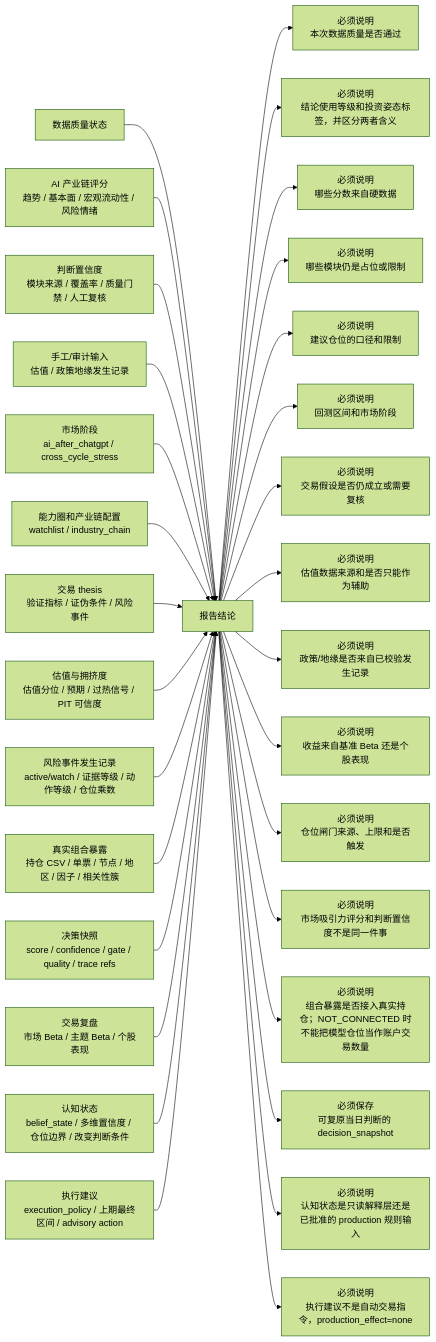
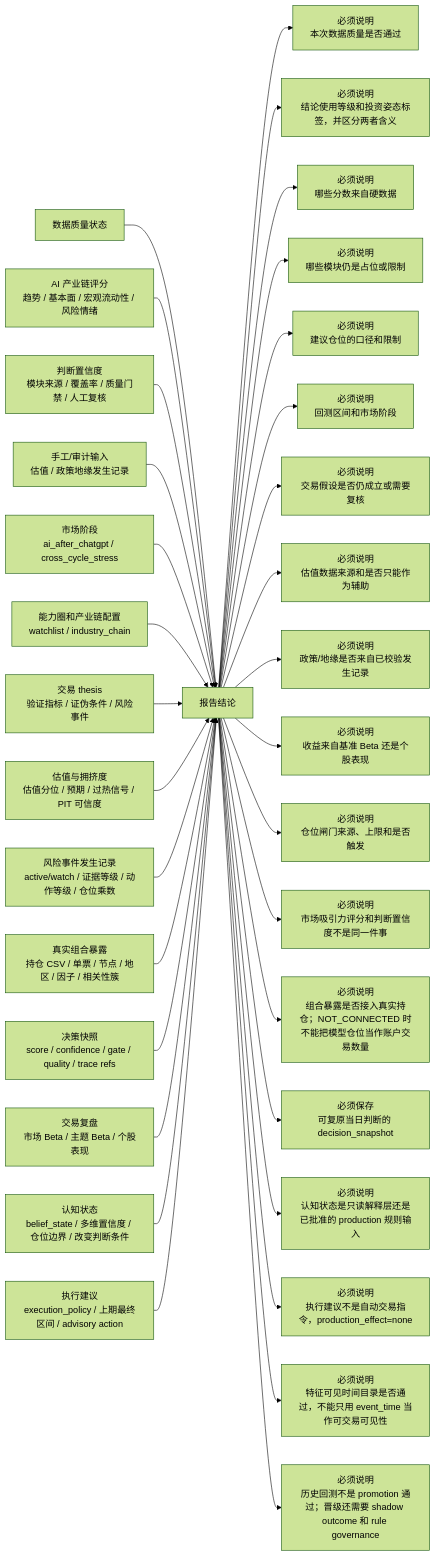
One commit to AI-Trading-Collaboration/AITradingSystem changed the fourth of 6 diagrams in docs/system_flow.md. Above: the diagram before and after it, drawn with Mermaid (forest theme). The commit also changed other lines of this file and 16 other files, not shown here.

Commit message:
feat: add PIT promotion ledger workflow

````diff
--- a/docs/system_flow.md
+++ b/docs/system_flow.md
@@ -826,34 +855,36 @@
 ```mermaid
 flowchart LR
     A["数据质量状态"] --> E["报告结论"]
     B["AI 产业链评分<br/>趋势 / 基本面 / 宏观流动性 / 风险情绪"] --> E
     C2["判断置信度<br/>模块来源 / 覆盖率 / 质量门禁 / 人工复核"] --> E
     C["手工/审计输入<br/>估值 / 政策地缘发生记录"] --> E
     D["市场阶段<br/>ai_after_chatgpt / cross_cycle_stress"] --> E
     F["能力圈和产业链配置<br/>watchlist / industry_chain"] --> E
     L["交易 thesis<br/>验证指标 / 证伪条件 / 风险事件"] --> E
     N["估值与拥挤度<br/>估值分位 / 预期 / 过热信号 / PIT 可信度"] --> E
     Q["风险事件发生记录<br/>active/watch / 证据等级 / 动作等级 / 仓位乘数"] --> E
     Y["真实组合暴露<br/>持仓 CSV / 单票 / 节点 / 地区 / 因子 / 相关性簇"] --> E
     U2["决策快照<br/>score / confidence / gate / quality / trace refs"] --> E
     P["交易复盘<br/>市场 Beta / 主题 Beta / 个股表现"] --> E
     S["认知状态<br/>belief_state / 多维置信度 / 仓位边界 / 改变判断条件"] --> E
     X["执行建议<br/>execution_policy / 上期最终区间 / advisory action"] --> E
 
     E --> G["必须说明<br/>本次数据质量是否通过"]
     E --> V2["必须说明<br/>结论使用等级和投资姿态标签，并区分两者含义"]
     E --> H["必须说明<br/>哪些分数来自硬数据"]
     E --> I["必须说明<br/>哪些模块仍是占位或限制"]
     E --> J["必须说明<br/>建议仓位的口径和限制"]
     E --> K["必须说明<br/>回测区间和市场阶段"]
     E --> M["必须说明<br/>交易假设是否仍成立或需要复核"]
     E --> O["必须说明<br/>估值数据来源和是否只能作为辅助"]
     E --> Q2["必须说明<br/>政策/地缘是否来自已校验发生记录"]
     E --> P2["必须说明<br/>收益来自基准 Beta 还是个股表现"]
     E --> R2["必须说明<br/>仓位闸门来源、上限和是否触发"]
     E --> T2["必须说明<br/>市场吸引力评分和判断置信度不是同一件事"]
     E --> Y2["必须说明<br/>组合暴露是否接入真实持仓；NOT_CONNECTED 时不能把模型仓位当作账户交易数量"]
     E --> U3["必须保存<br/>可复原当日判断的 decision_snapshot"]
     E --> S2["必须说明<br/>认知状态是只读解释层还是已批准的 production 规则输入"]
     E --> X2["必须说明<br/>执行建议不是自动交易指令，production_effect=none"]
+    E --> PIT2["必须说明<br/>特征可见时间目录是否通过，不能只用 event_time 当作可交易可见性"]
+    E --> PROMO2["必须说明<br/>历史回测不是 promotion 通过；晋级还需要 shadow outcome 和 rule governance"]
 ```
````
